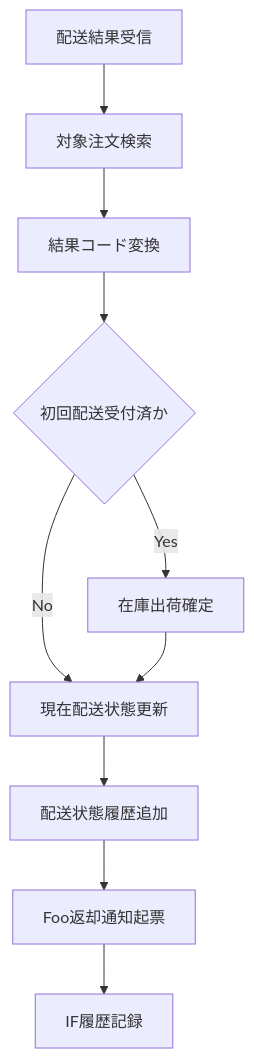
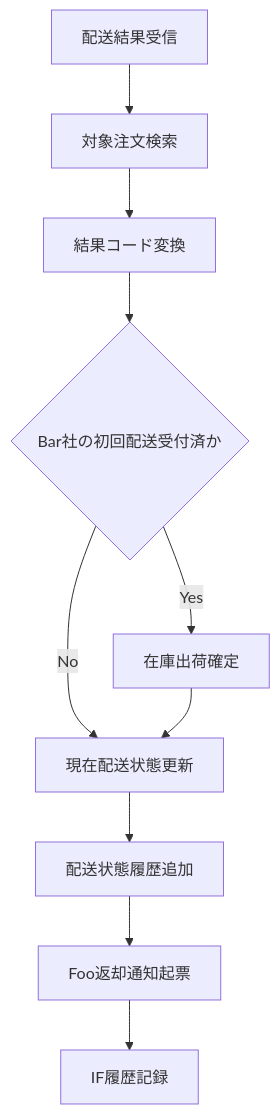
One commit to CalorieMateEater/training-project-logistics-company changed the diagram in docs/自社内部設計/業務設計/メソッド設計書/MTD-006_配送結果受付・配送状態反映メソッド設計書.md. Above: the diagram before and after it, drawn with Mermaid. The commit also changed other lines of this file and 23 other files, not shown here.

````diff
--- a/docs/自社内部設計/業務設計/メソッド設計書/MTD-006_配送結果受付・配送状態反映メソッド設計書.md
+++ b/docs/自社内部設計/業務設計/メソッド設計書/MTD-006_配送結果受付・配送状態反映メソッド設計書.md
@@ -31,12 +31,12 @@
 ```mermaid
 flowchart TD
     A[配送結果受信] --> B[対象注文検索]
     B --> C[結果コード変換]
-    C --> D{初回配送受付済か}
+    C --> D{Bar社の初回配送受付済か}
     D -->|Yes| E[在庫出荷確定]
     D -->|No| F[現在配送状態更新]
     E --> F
     F --> G[配送状態履歴追加]
     G --> H[Foo返却通知起票]
     H --> I[IF履歴記録]
 ```
````
